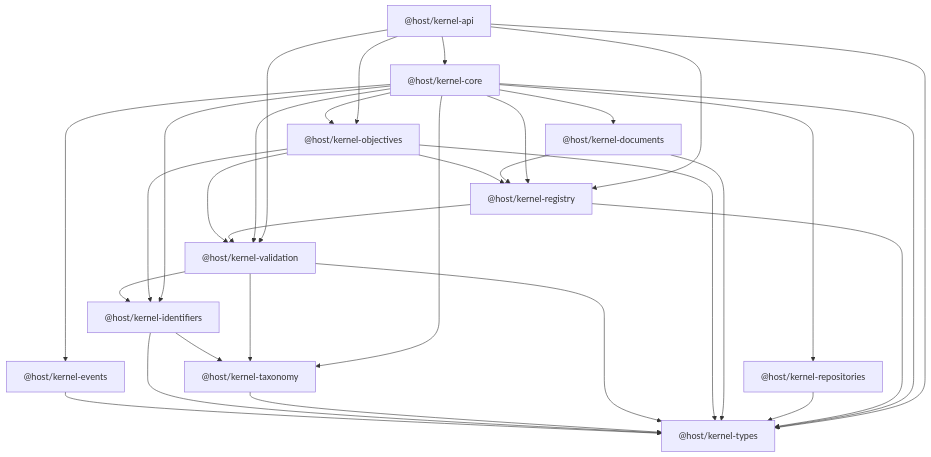
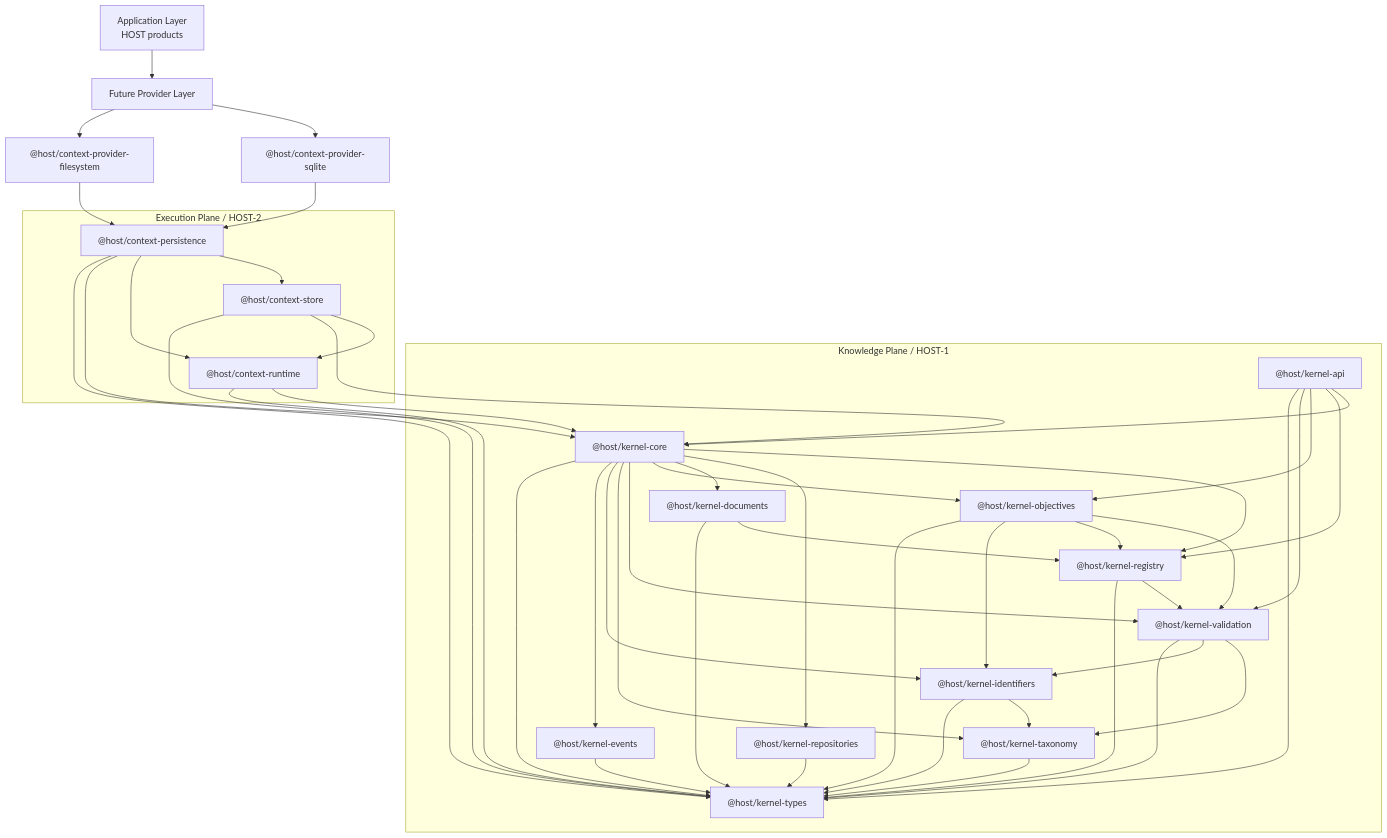
One commit to captjreacher/HOST-kernel changed the diagram in docs/architecture/package-dependency-graph.md. Above: the diagram before and after it, drawn with Mermaid. The commit also changed other lines of this file and 67 other files, not shown here.

Commit message:
feat(execution): complete HOST-2 execution layer architecture

````diff
--- a/docs/architecture/package-dependency-graph.md
+++ b/docs/architecture/package-dependency-graph.md
@@ -3,45 +3,72 @@
 ```mermaid
 graph TD
+  subgraph Knowledge["Knowledge Plane / HOST-1"]
   KTypes["@host/kernel-types"]
   KEvents["@host/kernel-events"]
   KIdentifiers["@host/kernel-identifiers"]
   KTaxonomy["@host/kernel-taxonomy"]
   KValidation["@host/kernel-validation"]
   KObjectives["@host/kernel-objectives"]
   KDocuments["@host/kernel-documents"]
   KRepositories["@host/kernel-repositories"]
   KRegistry["@host/kernel-registry"]
   KCore["@host/kernel-core"]
   KApi["@host/kernel-api"]
+  end
+
+  subgraph Execution["Execution Plane / HOST-2"]
+  CtxRuntime["@host/context-runtime"]
+  CtxStore["@host/context-store"]
+  CtxPersistence["@host/context-persistence"]
+  end
+
+  ProviderLayer["Future Provider Layer"]
+  CtxFsProvider["@host/context-provider-filesystem"]
+  CtxSqliteProvider["@host/context-provider-sqlite"]
+  AppLayer["Application Layer\nHOST products"]
 
   KEvents --> KTypes
   KIdentifiers --> KTypes
   KIdentifiers --> KTaxonomy
   KTaxonomy --> KTypes
   KValidation --> KTypes
   KValidation --> KIdentifiers
   KValidation --> KTaxonomy
   KObjectives --> KTypes
   KObjectives --> KIdentifiers
   KObjectives --> KRegistry
   KObjectives --> KValidation
   KDocuments --> KTypes
   KDocuments --> KRegistry
   KRepositories --> KTypes
   KRegistry --> KTypes
   KRegistry --> KValidation
   KCore --> KTypes
   KCore --> KEvents
   KCore --> KIdentifiers
   KCore --> KTaxonomy
   KCore --> KValidation
   KCore --> KObjectives
   KCore --> KDocuments
   KCore --> KRepositories
   KCore --> KRegistry
   KApi --> KTypes
   KApi --> KValidation
   KApi --> KObjectives
   KApi --> KRegistry
   KApi --> KCore
+  CtxRuntime --> KTypes
+  CtxRuntime --> KCore
+  CtxStore --> KTypes
+  CtxStore --> KCore
+  CtxStore --> CtxRuntime
+  CtxPersistence --> KTypes
+  CtxPersistence --> KCore
+  CtxPersistence --> CtxRuntime
+  CtxPersistence --> CtxStore
+  CtxFsProvider --> CtxPersistence
+  CtxSqliteProvider --> CtxPersistence
+  ProviderLayer --> CtxFsProvider
+  ProviderLayer --> CtxSqliteProvider
+  AppLayer --> ProviderLayer
 ```
````
